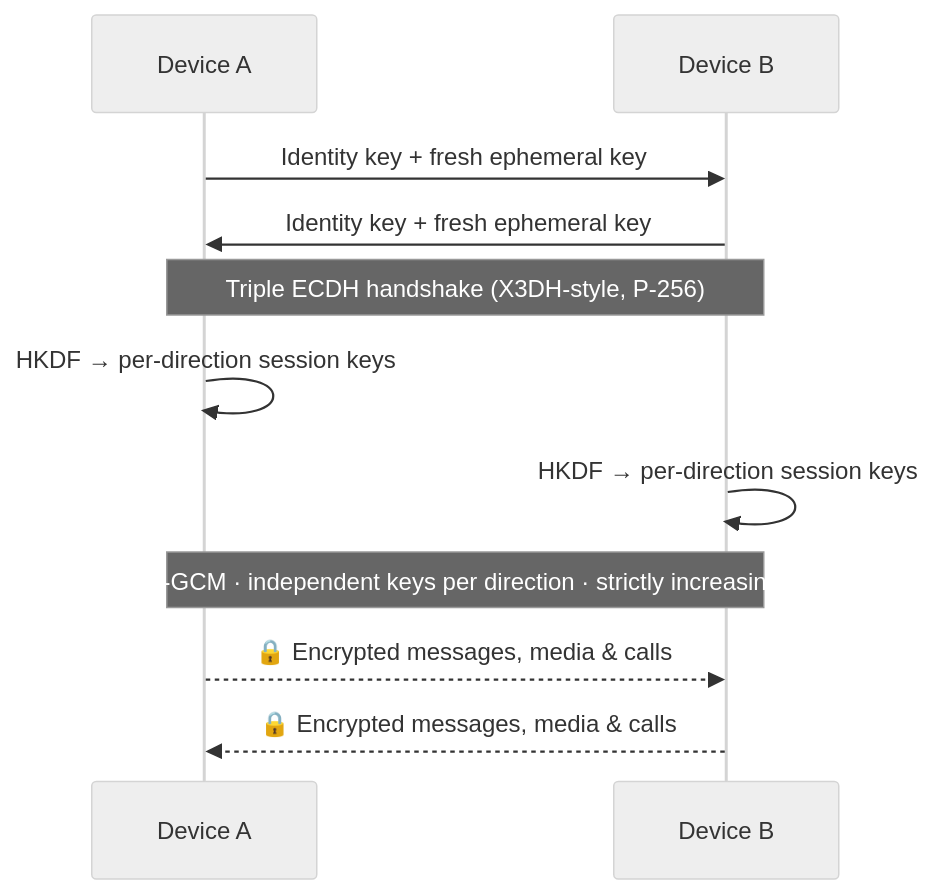
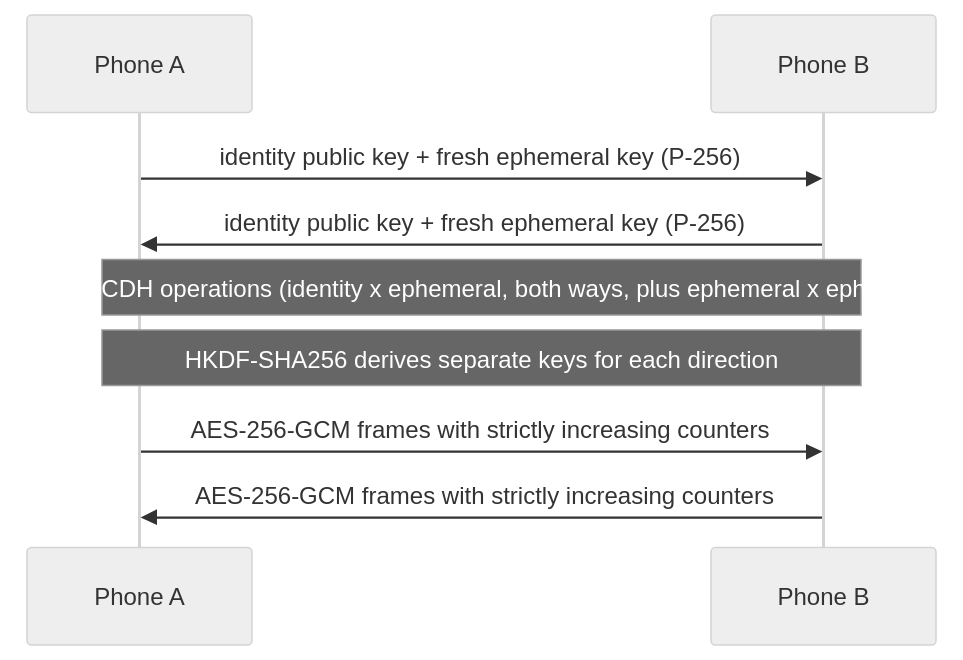
One commit to Igwe-Starking/eccles-bluechat-e2ee changed the diagram in README.md. Above: the diagram before and after it, drawn with Mermaid (neutral theme). The commit also changed other lines of this file and 306 other files, not shown here.

````diff
--- a/README.md
+++ b/README.md
@@ -57,13 +158,11 @@
 ```mermaid
 sequenceDiagram
-    participant A as Device A
-    participant B as Device B
-    A->>B: Identity key + fresh ephemeral key
-    B->>A: Identity key + fresh ephemeral key
-    Note over A,B: Triple ECDH handshake (X3DH-style, P-256)
-    A->>A: HKDF → per-direction session keys
-    B->>B: HKDF → per-direction session keys
-    Note over A,B: AES-256-GCM · independent keys per direction · strictly increasing nonces
-    A-->>B: 🔒 Encrypted messages, media & calls
-    B-->>A: 🔒 Encrypted messages, media & calls
+    participant A as Phone A
+    participant B as Phone B
+    A->>B: identity public key + fresh ephemeral key (P-256)
+    B->>A: identity public key + fresh ephemeral key (P-256)
+    Note over A,B: Three ECDH operations (identity x ephemeral, both ways, plus ephemeral x ephemeral)
+    Note over A,B: HKDF-SHA256 derives separate keys for each direction
+    A->>B: AES-256-GCM frames with strictly increasing counters
+    B->>A: AES-256-GCM frames with strictly increasing counters
 ```
````
